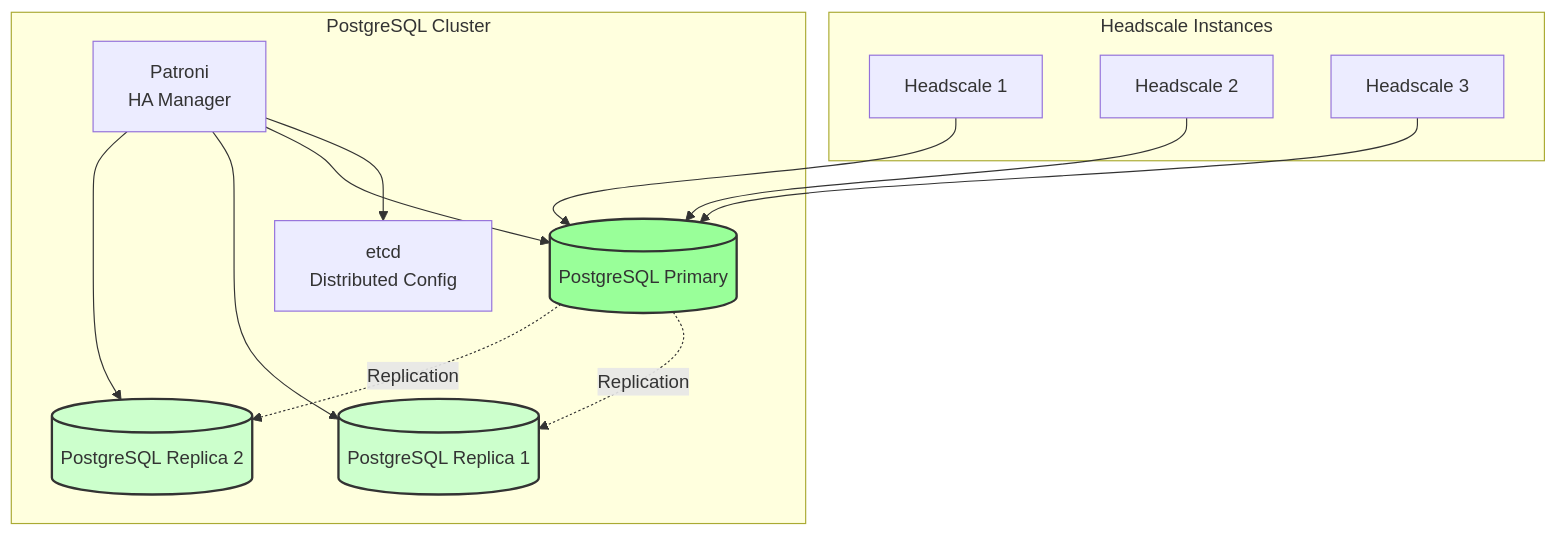
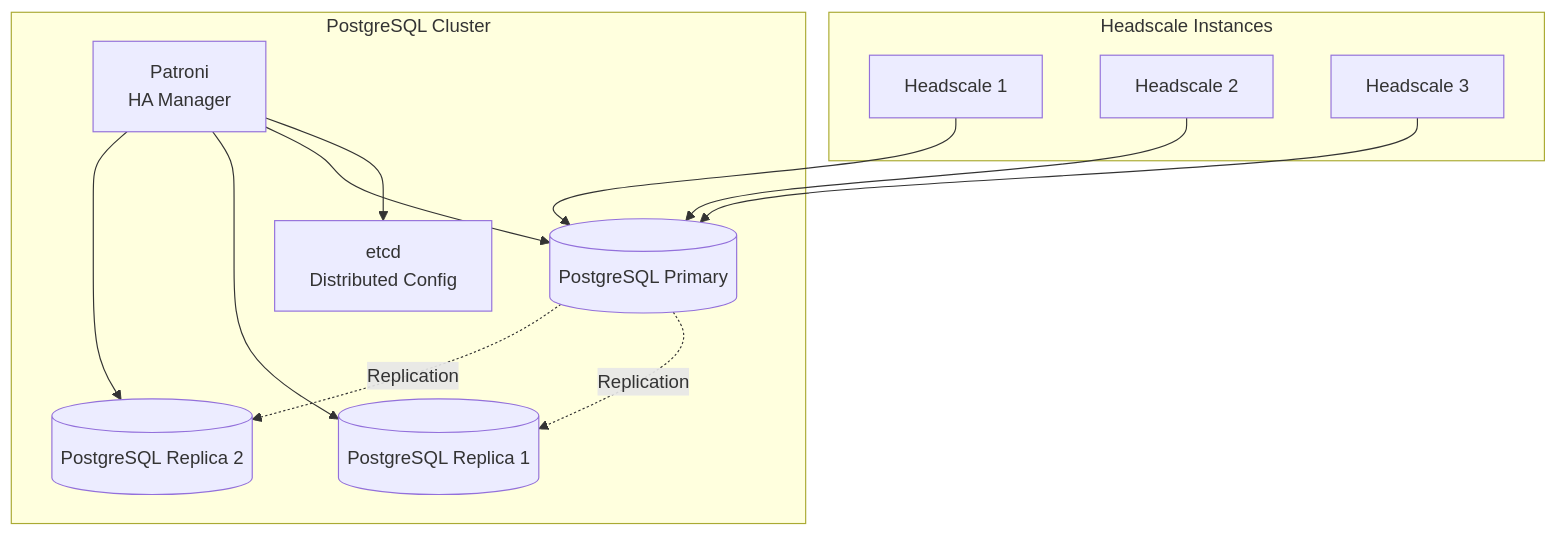
The second of 5 diagrams in docs/setup/install/ha.md (vicaya/headscale), drawn with Mermaid before and after one commit. The commit also changed other lines of this file, not shown here.

Commit message:
Remove mermaid diagram background fills and add DERP workaround in K8s example

````diff
--- a/docs/setup/install/ha.md
+++ b/docs/setup/install/ha.md
@@ -135,28 +132,24 @@
 ```mermaid
 graph TB
     subgraph "Headscale Instances"
         HS1[Headscale 1]
         HS2[Headscale 2]
         HS3[Headscale 3]
     end
     
     subgraph "PostgreSQL Cluster"
         ETCD[etcd<br/>Distributed Config]
         PAT[Patroni<br/>HA Manager]
         PG_PRIMARY[(PostgreSQL Primary)]
         PG_REPLICA1[(PostgreSQL Replica 1)]
         PG_REPLICA2[(PostgreSQL Replica 2)]
     end
     
     HS1 & HS2 & HS3 --> PG_PRIMARY
     PAT --> ETCD
     PAT --> PG_PRIMARY
     PAT --> PG_REPLICA1
     PAT --> PG_REPLICA2
     PG_PRIMARY -.Replication.-> PG_REPLICA1
     PG_PRIMARY -.Replication.-> PG_REPLICA2
-    
-    style PG_PRIMARY fill:#9f9,stroke:#333,stroke-width:2px
-    style PG_REPLICA1 fill:#cfc,stroke:#333,stroke-width:2px
-    style PG_REPLICA2 fill:#cfc,stroke:#333,stroke-width:2px
 ```
````
